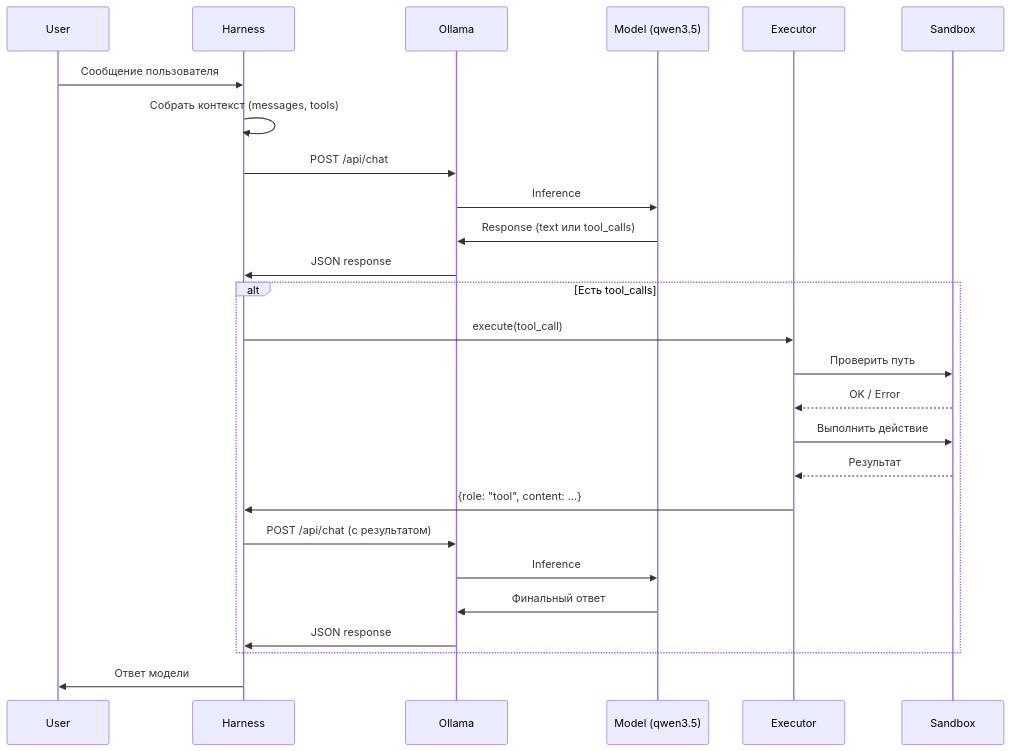
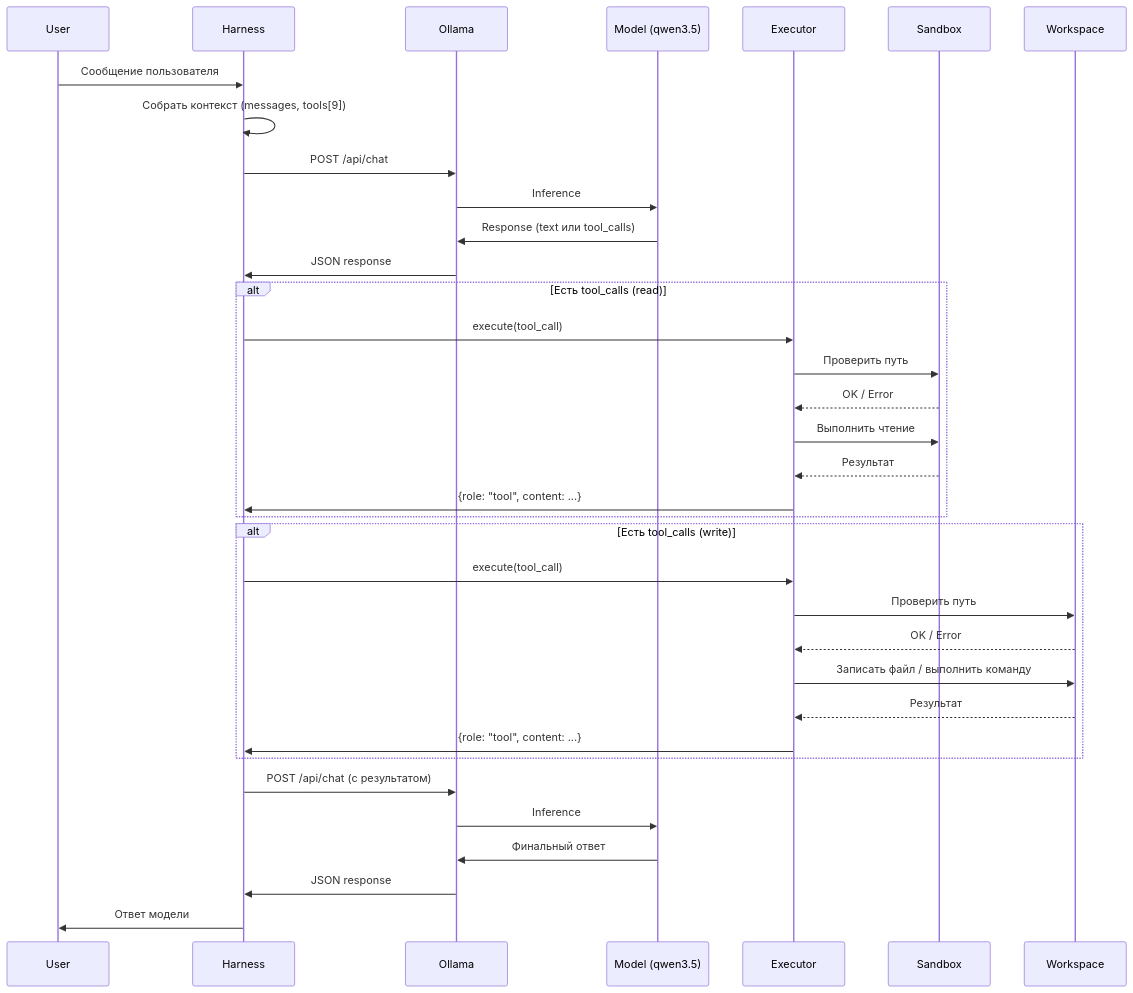
One commit to Zhansultan/agent-engineering-lab changed the diagram in docs/request-flow.md. Above: the diagram before and after it, drawn with Mermaid. The commit also changed other lines of this file and 22 other files, not shown here.

First line of the commit message:
docs: architecture diagrams, testing strategy, requirements and status update

````diff
--- a/docs/request-flow.md
+++ b/docs/request-flow.md
@@ -9,31 +9,42 @@
 ```mermaid
 sequenceDiagram
     participant U as User
     participant H as Harness
     participant O as Ollama
     participant M as Model (qwen3.5)
     participant E as Executor
     participant S as Sandbox
+    participant W as Workspace
 
     U->>H: Сообщение пользователя
-    H->>H: Собрать контекст (messages, tools)
+    H->>H: Собрать контекст (messages, tools[9])
     H->>O: POST /api/chat
     O->>M: Inference
     M->>O: Response (text или tool_calls)
     O->>H: JSON response
 
-    alt Есть tool_calls
+    alt Есть tool_calls (read)
         H->>E: execute(tool_call)
         E->>S: Проверить путь
         S-->>E: OK / Error
-        E->>S: Выполнить действие
+        E->>S: Выполнить чтение
         S-->>E: Результат
         E->>H: {role: "tool", content: ...}
-        H->>O: POST /api/chat (с результатом)
-        O->>M: Inference
-        M->>O: Финальный ответ
-        O->>H: JSON response
     end
+
+    alt Есть tool_calls (write)
+        H->>E: execute(tool_call)
+        E->>W: Проверить путь
+        W-->>E: OK / Error
+        E->>W: Записать файл / выполнить команду
+        W-->>E: Результат
+        E->>H: {role: "tool", content: ...}
+    end
+
+    H->>O: POST /api/chat (с результатом)
+    O->>M: Inference
+    M->>O: Финальный ответ
+    O->>H: JSON response
 
     H->>U: Ответ модели
 ```
````
